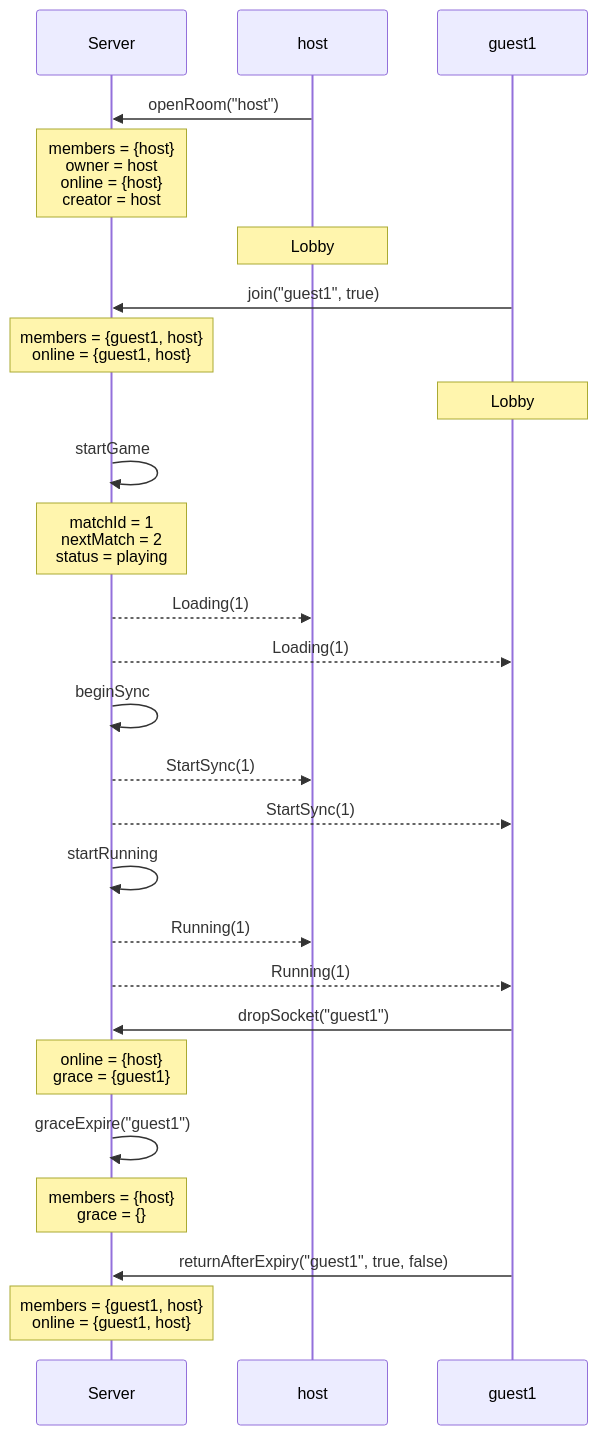
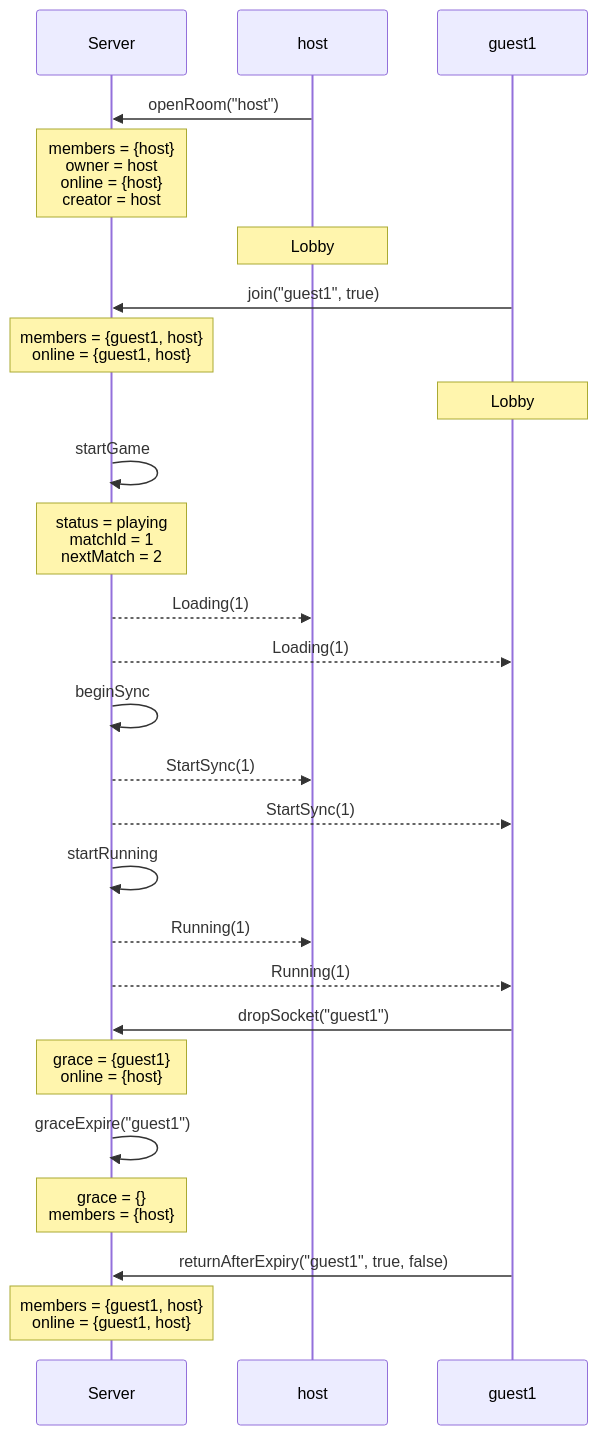
Before and after one commit to kwilson21/kaillera-next: the third of 11 diagrams in docs/spec-traces.md, drawn with Mermaid. The commit also changed other lines of this file, not shown here.

````diff
--- a/docs/spec-traces.md
+++ b/docs/spec-traces.md
@@ -74,28 +74,28 @@
 ```mermaid
 sequenceDiagram
   participant Server
   participant host
   participant guest1
   host->>Server: openRoom("host")
   Note over Server: members = {host}<br/>owner = host<br/>online = {host}<br/>creator = host
   Note over host: Lobby
   guest1->>Server: join("guest1", true)
   Note over Server: members = {guest1, host}<br/>online = {guest1, host}
   Note over guest1: Lobby
   Server->>Server: startGame
-  Note over Server: matchId = 1<br/>nextMatch = 2<br/>status = playing
+  Note over Server: status = playing<br/>matchId = 1<br/>nextMatch = 2
   Server-->>host: Loading(1)
   Server-->>guest1: Loading(1)
   Server->>Server: beginSync
   Server-->>host: StartSync(1)
   Server-->>guest1: StartSync(1)
   Server->>Server: startRunning
   Server-->>host: Running(1)
   Server-->>guest1: Running(1)
   guest1->>Server: dropSocket("guest1")
-  Note over Server: online = {host}<br/>grace = {guest1}
+  Note over Server: grace = {guest1}<br/>online = {host}
   Server->>Server: graceExpire("guest1")
-  Note over Server: members = {host}<br/>grace = {}
+  Note over Server: grace = {}<br/>members = {host}
   guest1->>Server: returnAfterExpiry("guest1", true, false)
   Note over Server: members = {guest1, host}<br/>online = {guest1, host}
 ```
````
